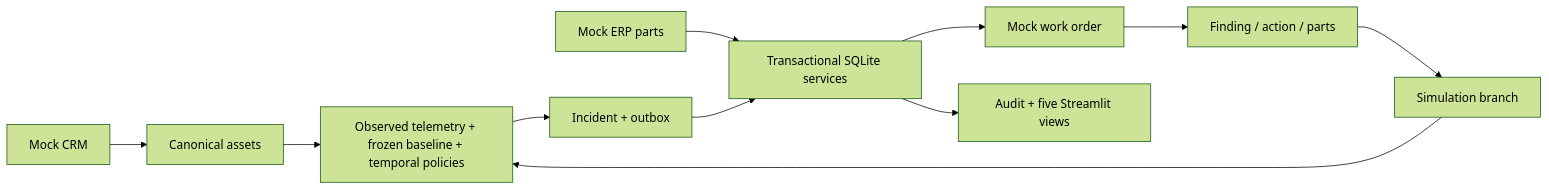
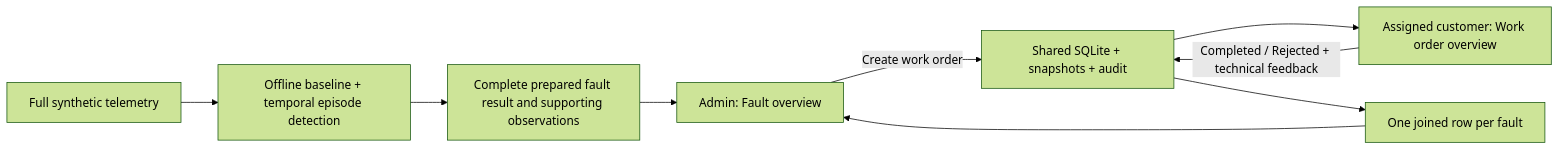
Before and after one commit to Enamul22/FleetCare-PredictiveMaintenance: the diagram in README.md, drawn with Mermaid (forest theme). The commit also changed other lines of this file and 124 other files, not shown here.

Commit message:
Simplify FleetCare into authenticated fault and work-order workflows

````diff
--- a/README.md
+++ b/README.md
@@ -121,13 +147,11 @@
 ```mermaid
 flowchart LR
-  CRM[Mock CRM] --> Canonical[Canonical assets]
-  ERP[Mock ERP parts] --> Service[Transactional SQLite services]
-  Canonical --> Detect[Observed telemetry + frozen baseline + temporal policies]
-  Detect --> Outbox[Incident + outbox]
-  Outbox --> Service
-  Service --> Order[Mock work order]
-  Order --> Feedback[Finding / action / parts]
-  Feedback --> Branch[Simulation branch]
-  Branch --> Detect
-  Service --> Audit[Audit + five Streamlit views]
+  Full[Full synthetic telemetry] --> Pipeline[Offline baseline + temporal episode detection]
+  Pipeline --> Faults[Complete prepared fault result and supporting observations]
+  Faults --> Admin[Admin: Fault overview]
+  Admin -->|Create work order| Store[Shared SQLite + snapshots + audit]
+  Store --> Customer[Assigned customer: Work order overview]
+  Customer -->|Completed / Rejected + technical feedback| Store
+  Store --> Joined[One joined row per fault]
+  Joined --> Admin
 ```
````
